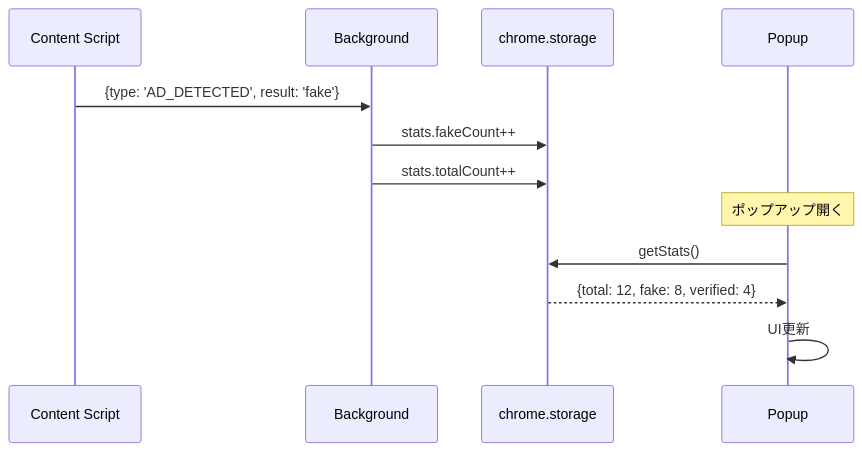
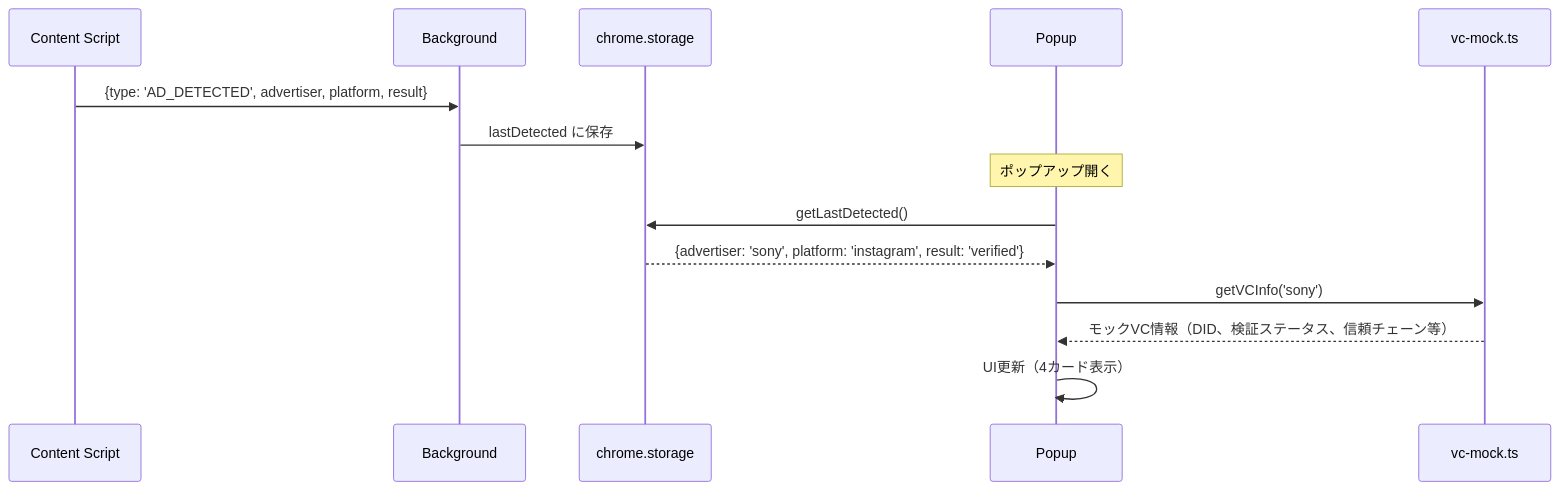
One commit to keitasunaga/fake-ad-alert-demo changed the second of 2 diagrams in .specs/fake-ad-alert-demo/phase-3/design.md. Above: the diagram before and after it, drawn with Mermaid. The commit also changed other lines of this file and 2 other files, not shown here.

````diff
--- a/.specs/fake-ad-alert-demo/phase-3/design.md
+++ b/.specs/fake-ad-alert-demo/phase-3/design.md
@@ -50,16 +51,18 @@
 ```mermaid
 sequenceDiagram
     participant CS as Content Script
     participant BG as Background
     participant ST as chrome.storage
     participant PP as Popup
+    participant MK as vc-mock.ts
 
-    CS->>BG: {type: 'AD_DETECTED', result: 'fake'}
-    BG->>ST: stats.fakeCount++
-    BG->>ST: stats.totalCount++
+    CS->>BG: {type: 'AD_DETECTED', advertiser, platform, result}
+    BG->>ST: lastDetected に保存
 
     Note over PP: ポップアップ開く
-    PP->>ST: getStats()
-    ST-->>PP: {total: 12, fake: 8, verified: 4}
-    PP->>PP: UI更新
+    PP->>ST: getLastDetected()
+    ST-->>PP: {advertiser: 'sony', platform: 'instagram', result: 'verified'}
+    PP->>MK: getVCInfo('sony')
+    MK-->>PP: モックVC情報（DID、検証ステータス、信頼チェーン等）
+    PP->>PP: UI更新（4カード表示）
 ```
````
